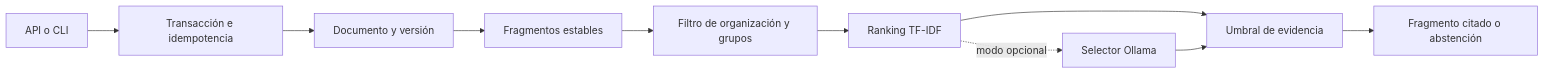
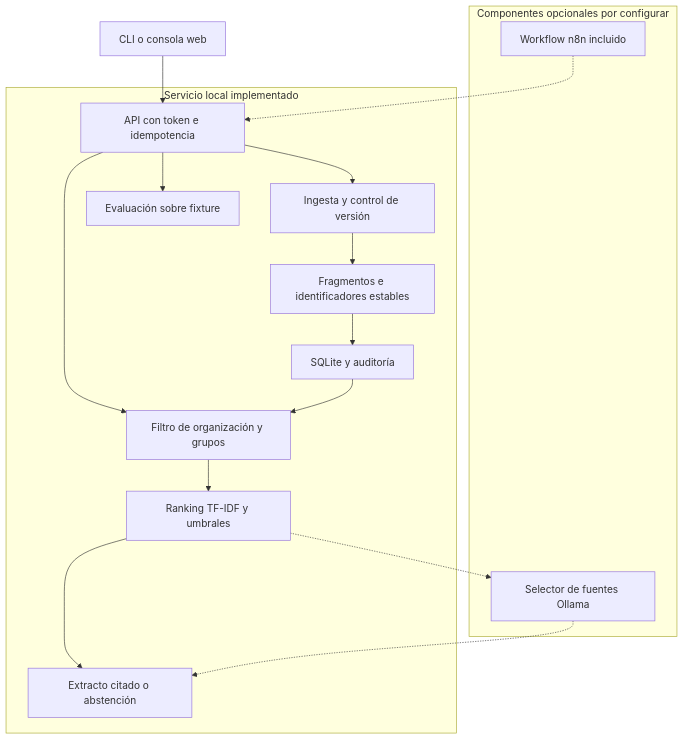
Before and after one commit to jorgefprietol/knowledge-search: the diagram in docs/architecture.md, drawn with Mermaid. The commit also changed other lines of this file and 13 other files, not shown here.

Commit message:
Preserve citation versions and document retrieval architecture

````diff
--- a/docs/architecture.md
+++ b/docs/architecture.md
@@ -3,12 +13,21 @@
 ```mermaid
-flowchart LR
-    A[API o CLI] --> B[Transacción e idempotencia]
-    B --> C[Documento y versión]
-    C --> D[Fragmentos estables]
-    D --> E[Filtro de organización y grupos]
-    E --> F[Ranking TF-IDF]
-    F --> G[Umbral de evidencia]
-    G --> H[Fragmento citado o abstención]
-    F -. modo opcional .-> I[Selector Ollama]
-    I --> G
+flowchart TB
+    Client["CLI o consola web"] --> API["API con token e idempotencia"]
+    subgraph Local["Servicio local implementado"]
+        API --> Ingest["Ingesta y control de versión"]
+        Ingest --> Chunks["Fragmentos e identificadores estables"]
+        Chunks --> DB["SQLite y auditoría"]
+        API --> Access["Filtro de organización y grupos"]
+        DB --> Access
+        Access --> Rank["Ranking TF-IDF y umbrales"]
+        Rank --> Answer["Extracto citado o abstención"]
+        API --> Eval["Evaluación sobre fixture"]
+    end
+    subgraph Optional["Componentes opcionales por configurar"]
+        N8N["Workflow n8n incluido"]
+        Model["Selector de fuentes Ollama"]
+    end
+    N8N -.-> API
+    Rank -.-> Model
+    Model -.-> Answer
 ```
````
